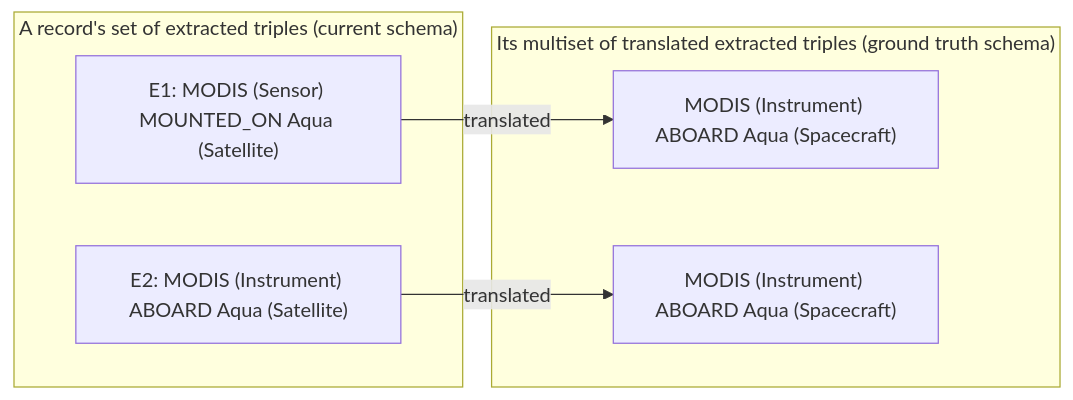
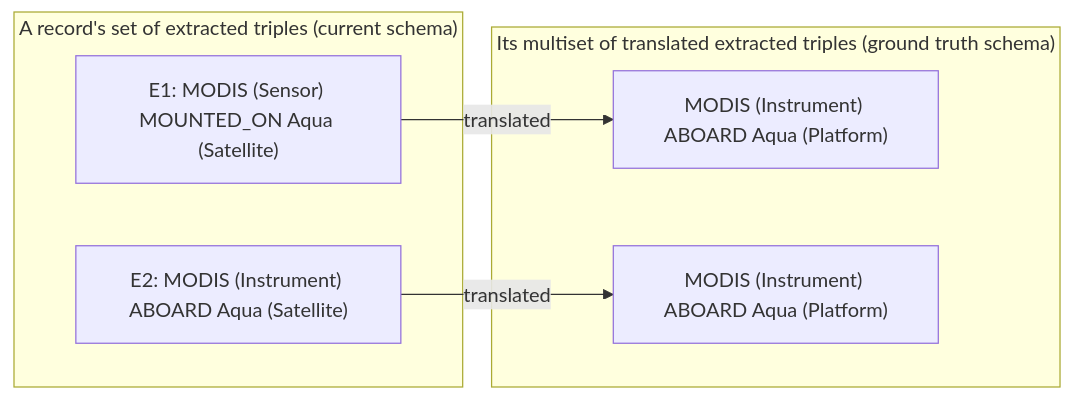
Before and after one commit to iulia-iordanescu/datanasagov_KG_proj: the first of 2 diagrams in 070_evaluate/metrics/pairs.md, drawn with Mermaid. The commit also changed other lines of this file and 15 other files, not shown here.

````diff
--- a/070_evaluate/metrics/pairs.md
+++ b/070_evaluate/metrics/pairs.md
@@ -93,13 +93,13 @@
 ```mermaid
 flowchart LR
   subgraph S["A record's set of extracted triples (current schema)"]
     E1["E1: MODIS (Sensor) MOUNTED_ON Aqua (Satellite)"]
     E2["E2: MODIS (Instrument) ABOARD Aqua (Satellite)"]
   end
   subgraph M["Its multiset of translated extracted triples (ground truth schema)"]
-    T1["MODIS (Instrument) ABOARD Aqua (Spacecraft)"]
-    T2["MODIS (Instrument) ABOARD Aqua (Spacecraft)"]
+    T1["MODIS (Instrument) ABOARD Aqua (Platform)"]
+    T2["MODIS (Instrument) ABOARD Aqua (Platform)"]
   end
   E1 -- translated --> T1
   E2 -- translated --> T2
 ```
````
